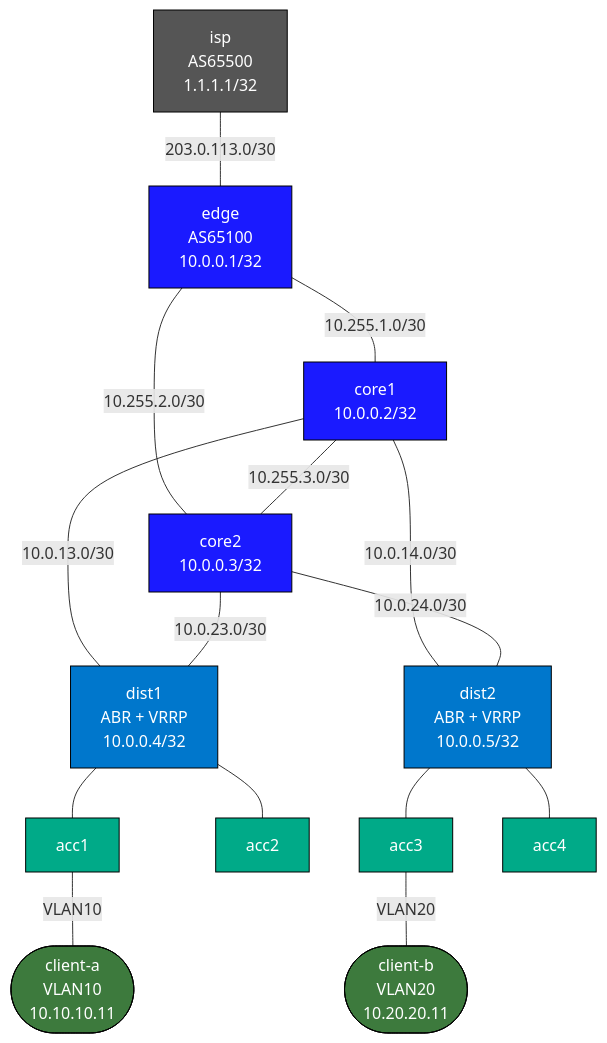
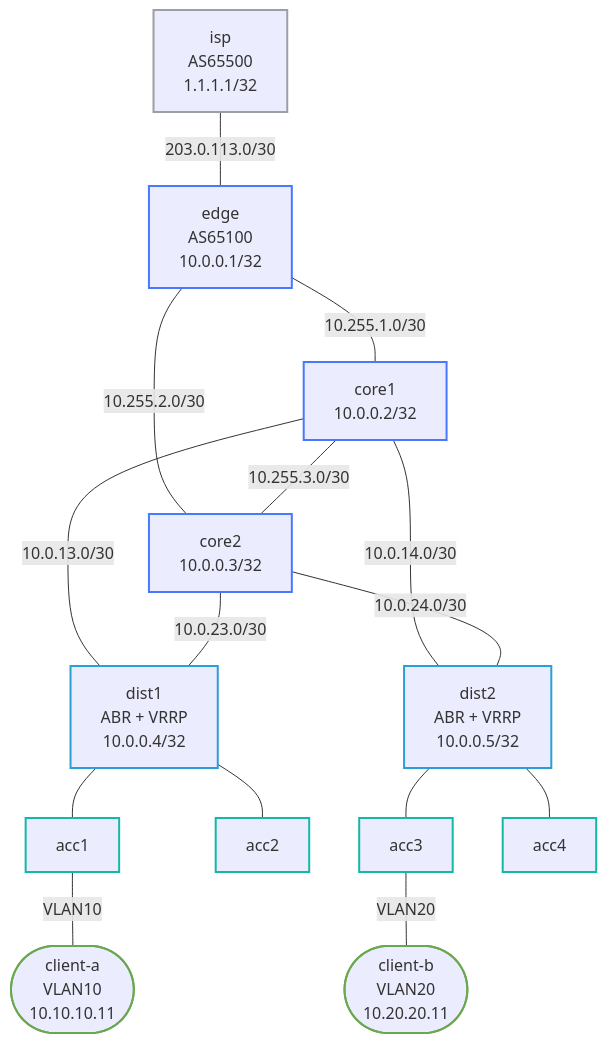
The diagram in labs/enterprise-campus-capstone/README.md (jschless/networkingLabs), drawn with Mermaid before and after one commit. The commit also changed 250 other files, not shown here.

Commit message:
Fix unreadable topology diagrams, convert ASCII art, publish assessments (#57)

````diff
--- a/labs/enterprise-campus-capstone/README.md
+++ b/labs/enterprise-campus-capstone/README.md
@@ -17,42 +17,42 @@
 ```mermaid
 flowchart TB
-    isp["isp\nAS65500\n1.1.1.1/32"]
-    edge["edge\nAS65100\n10.0.0.1/32"]
-    core1["core1\n10.0.0.2/32"]
-    core2["core2\n10.0.0.3/32"]
-    dist1["dist1\nABR + VRRP\n10.0.0.4/32"]
-    dist2["dist2\nABR + VRRP\n10.0.0.5/32"]
+    isp["isp<br/>AS65500<br/>1.1.1.1/32"]
+    edge["edge<br/>AS65100<br/>10.0.0.1/32"]
+    core1["core1<br/>10.0.0.2/32"]
+    core2["core2<br/>10.0.0.3/32"]
+    dist1["dist1<br/>ABR + VRRP<br/>10.0.0.4/32"]
+    dist2["dist2<br/>ABR + VRRP<br/>10.0.0.5/32"]
     acc1["acc1"]
     acc2["acc2"]
     acc3["acc3"]
     acc4["acc4"]
-    clienta(["client-a\nVLAN10\n10.10.10.11"])
-    clientb(["client-b\nVLAN20\n10.20.20.11"])
+    clienta(["client-a<br/>VLAN10<br/>10.10.10.11"])
+    clientb(["client-b<br/>VLAN20<br/>10.20.20.11"])
 
     isp -- "203.0.113.0/30" --- edge
     edge -- "10.255.1.0/30" --- core1
     edge -- "10.255.2.0/30" --- core2
     core1 -- "10.255.3.0/30" --- core2
     core1 -- "10.0.13.0/30" --- dist1
     core1 -- "10.0.14.0/30" --- dist2
     core2 -- "10.0.23.0/30" --- dist1
     core2 -- "10.0.24.0/30" --- dist2
     dist1 --- acc1
     dist1 --- acc2
     dist2 --- acc3
     dist2 --- acc4
     acc1 -- "VLAN10" --- clienta
     acc3 -- "VLAN20" --- clientb
 
-    classDef core   fill:#1a1aff,color:#fff,stroke:#000
-    classDef dist   fill:#0077cc,color:#fff,stroke:#000
-    classDef access fill:#00aa88,color:#fff,stroke:#000
-    classDef host   fill:#3d7a3d,color:#fff,stroke:#000
-    classDef isp    fill:#555,color:#fff,stroke:#000
+    classDef core stroke:#4778ff,stroke-width:2px
+    classDef dist stroke:#2a9fd6,stroke-width:2px
+    classDef access stroke:#14b8a6,stroke-width:2px
+    classDef host stroke:#6aa84f,stroke-width:2px
+    classDef isp stroke:#9aa0a6,stroke-width:2px
 
     class isp isp
     class edge,core1,core2 core
     class dist1,dist2 dist
     class acc1,acc2,acc3,acc4 access
     class clienta,clientb host
 ```
````
